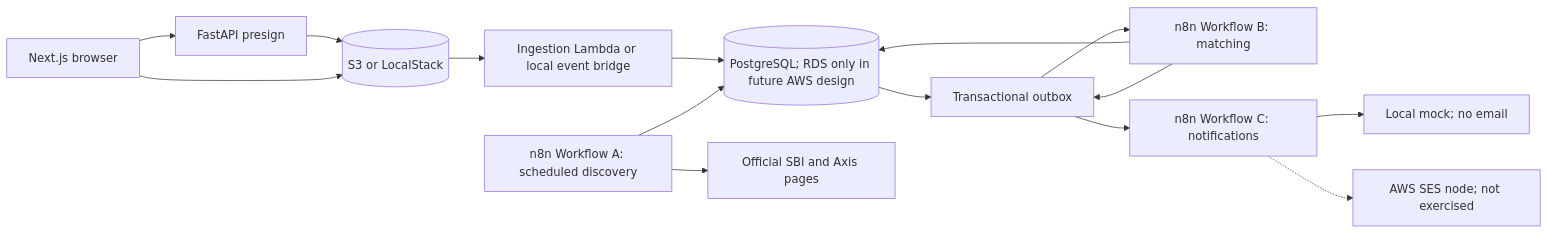
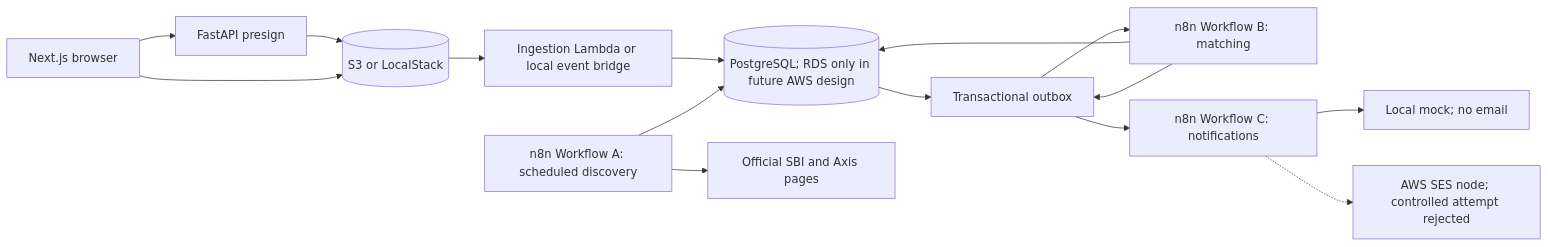
One commit to thisisanubhav/credora changed the diagram in README.md. Above: the diagram before and after it, drawn with Mermaid. The commit also changed other lines of this file and 4 other files, not shown here.

````diff
--- a/README.md
+++ b/README.md
@@ -41,17 +43,17 @@
 ```mermaid
 flowchart LR
     UI[Next.js browser] --> API[FastAPI presign]
     API --> S3[(S3 or LocalStack)]
     UI --> S3
     S3 --> ING[Ingestion Lambda or local event bridge]
     ING --> DB[(PostgreSQL; RDS only in future AWS design)]
     DB --> OUT[Transactional outbox]
     OUT --> B[n8n Workflow B: matching]
     B --> DB
     B --> OUT
     OUT --> C[n8n Workflow C: notifications]
     C --> MOCK[Local mock; no email]
-    C -.-> SES[AWS SES node; not exercised]
+    C -.-> SES[AWS SES node; controlled attempt rejected]
     A[n8n Workflow A: scheduled discovery] --> BANK[Official SBI and Axis pages]
     A --> DB
 ```
````
